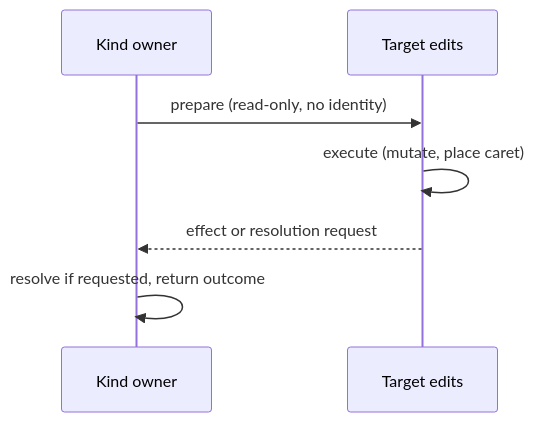
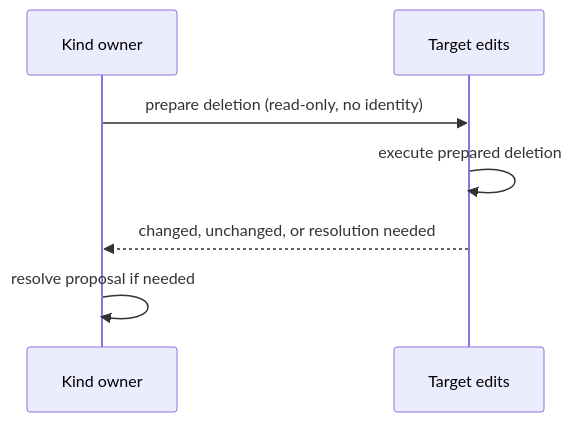
The third of 3 diagrams in ARCHITECTURE.md (mahendrimd/lexical-review), drawn with Mermaid before and after one commit. The commit also changed other lines of this file and 58 other files, not shown here.

````diff
--- a/ARCHITECTURE.md
+++ b/ARCHITECTURE.md
@@ -244,9 +245,9 @@
 ```mermaid
 sequenceDiagram
     participant Owner as Kind owner
     participant Applier as Target edits
-    Owner->>Applier: prepare (read-only, no identity)
-    Applier->>Applier: execute (mutate, place caret)
-    Applier-->>Owner: effect or resolution request
-    Owner->>Owner: resolve if requested, return outcome
+    Owner->>Applier: prepare deletion (read-only, no identity)
+    Applier->>Applier: execute prepared deletion
+    Applier-->>Owner: changed, unchanged, or resolution needed
+    Owner->>Owner: resolve proposal if needed
 ```
````
